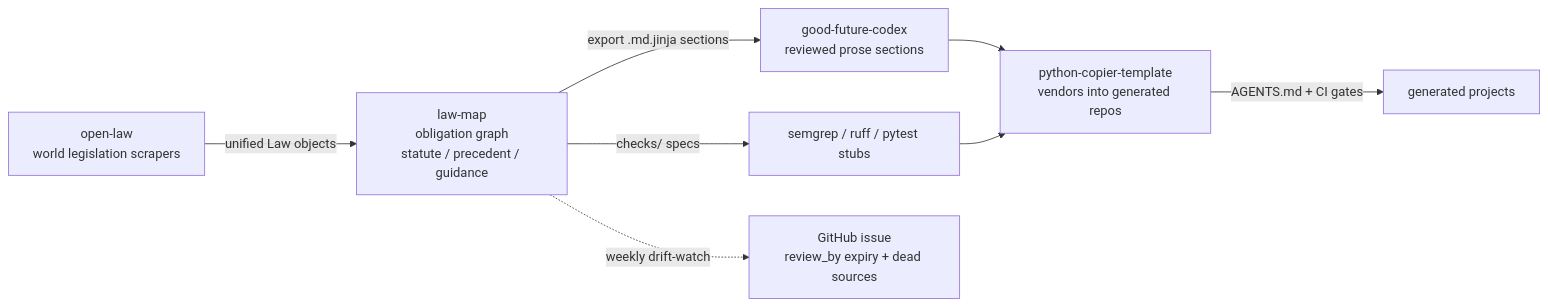
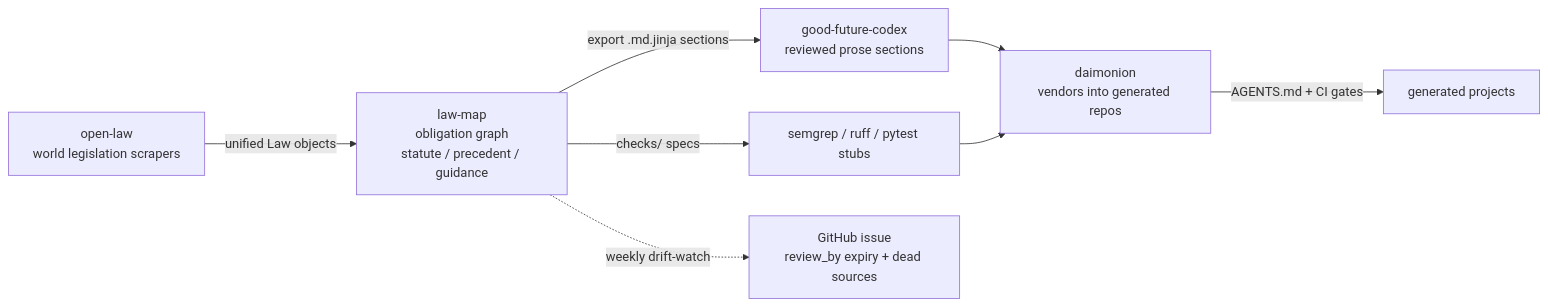
Before and after one commit to ConstitutiveTemplates/law-map: the diagram in README.md, drawn with Mermaid. The commit also changed other lines of this file and 2 other files, not shown here.

First line of the commit message:
docs: rename consumer to daimonion and add contributing guide

````diff
--- a/README.md
+++ b/README.md
@@ -15,10 +15,10 @@
 ```mermaid
 flowchart LR
     OL[open-law<br/>world legislation scrapers] -->|unified Law objects| V[law-map<br/>obligation graph<br/>statute / precedent / guidance]
     V -->|export .md.jinja sections| C[good-future-codex<br/>reviewed prose sections]
-    C --> T[python-copier-template<br/>vendors into generated repos]
+    C --> T[daimonion<br/>vendors into generated repos]
     T -->|AGENTS.md + CI gates| G[generated projects]
     V -->|checks/ specs| S[semgrep / ruff / pytest stubs]
     S --> T
     V -.->|weekly drift-watch| I[GitHub issue<br/>review_by expiry + dead sources]
 ```
````
